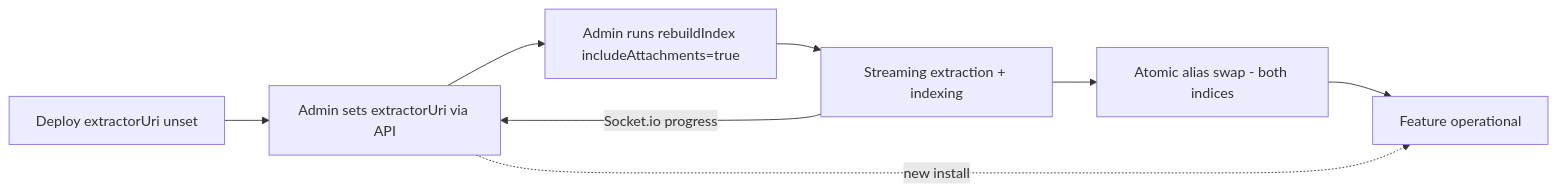
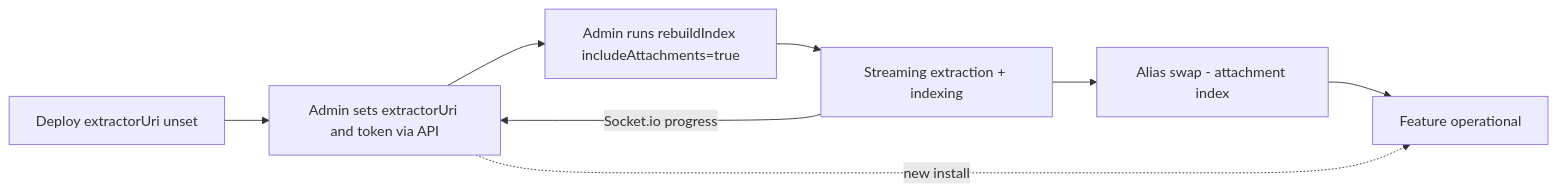
Before and after one commit to growilabs/growi: the sixth of 6 diagrams in .kiro/specs/attachment-search-indexing/design.md, drawn with Mermaid. The commit also changed other lines of this file and 6 other files, not shown here.

````diff
--- a/.kiro/specs/attachment-search-indexing/design.md
+++ b/.kiro/specs/attachment-search-indexing/design.md
@@ -1371,10 +1531,10 @@
 ```mermaid
 flowchart LR
-    A[Deploy extractorUri unset] --> B[Admin sets extractorUri via API]
+    A[Deploy extractorUri unset] --> B[Admin sets extractorUri and token via API]
     B --> C[Admin runs rebuildIndex includeAttachments=true]
     C --> D[Streaming extraction + indexing]
     D -->|Socket.io progress| B
-    D --> E[Atomic alias swap - both indices]
+    D --> E[Alias swap - attachment index]
     E --> F[Feature operational]
     B -.->|new install| F
 ```
````
